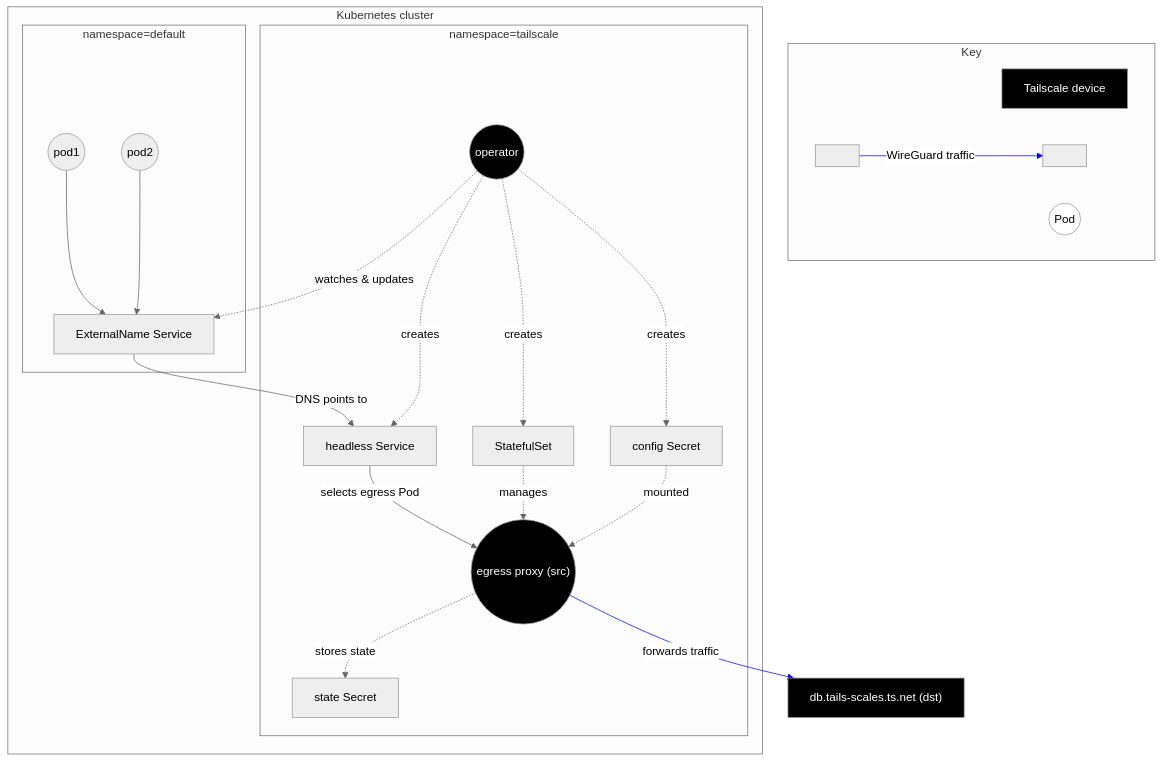
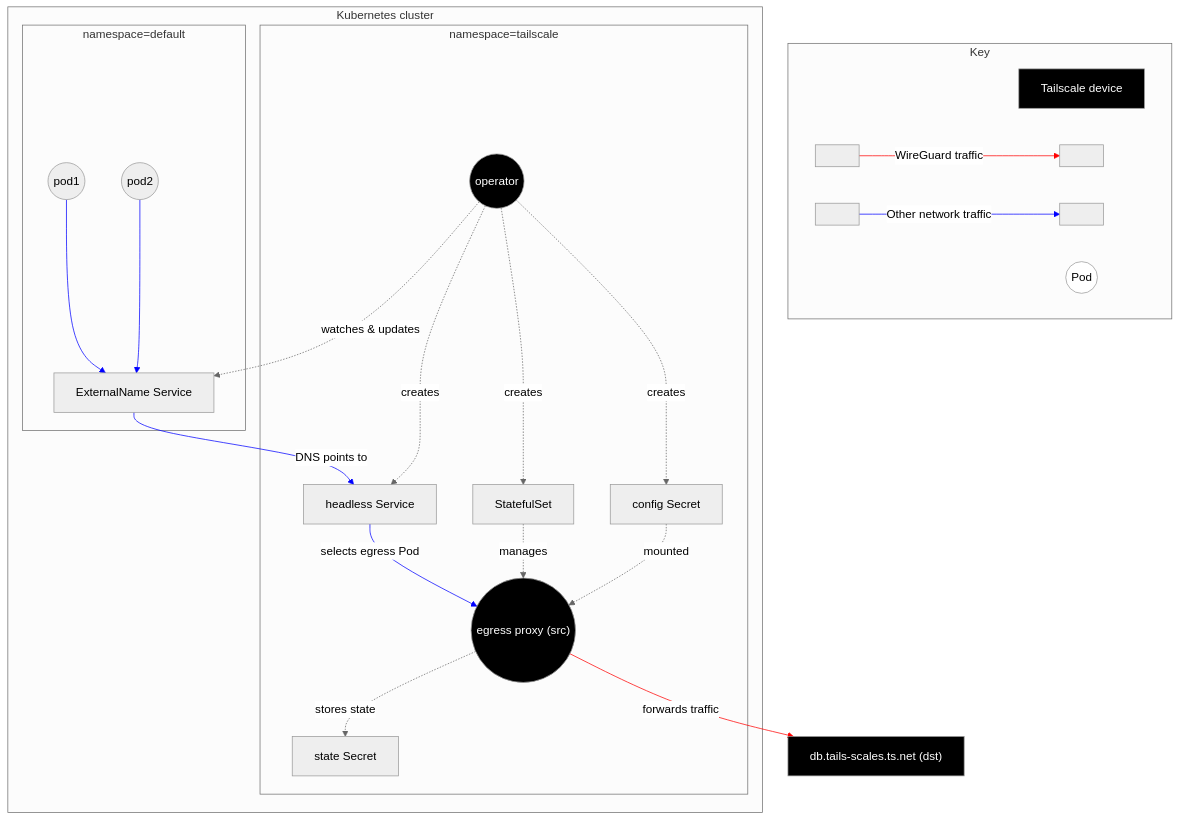
Before and after one commit to tailscale/tailscale: the fourth of 7 diagrams in docs/k8s/operator-architecture.md, drawn with Mermaid. The commit also changed other lines of this file, not shown here.

Commit message:
Review feedback; more colours + data flow for ProxyGroup

````diff
--- a/docs/k8s/operator-architecture.md
+++ b/docs/k8s/operator-architecture.md
@@ -187,45 +205,54 @@
 ```mermaid
 %%{ init: { 'theme':'neutral' } }%%
 
 flowchart TD
     classDef tsnode color:#fff,fill:#000;
     classDef pod fill:#fff;
 
     subgraph Key
         ts[Tailscale device]:::tsnode
         pod((Pod)):::pod
-        hidden[" "]-->|WireGuard traffic|hidden2[" "]
+        blank[" "]-->|WireGuard traffic|blank2[" "]
+        blank3[" "]-->|Other network traffic|blank4[" "]
     end
 
     subgraph k8s[Kubernetes cluster]
         subgraph tailscale-ns[namespace=tailscale]
             operator((operator)):::tsnode
             egress(("egress proxy (src)")):::tsnode
             egress-sts["StatefulSet"]
             headless-svc[headless Service]
             cfg-secret["config Secret"]
             state-secret["state Secret"]
         end
 
         subgraph defaultns[namespace=default]
             svc[ExternalName Service]
             pod1((pod1)) --> svc
             pod2((pod2)) --> svc
         end
     end
+
     node["db.tails-scales.ts.net (dst)"]:::tsnode
+
     svc -->|DNS points to| headless-svc
     headless-svc -->|selects egress Pod| egress
     egress -->|forwards traffic| node
     operator -.->|creates| egress-sts
     egress-sts -.->|manages| egress
     operator -.->|creates| headless-svc
     operator -.->|creates| cfg-secret
     operator -.->|watches & updates| svc
     cfg-secret -.->|mounted| egress
     egress -.->|stores state| state-secret
 
-    linkStyle 0 stroke:blue;
+    linkStyle 0 stroke:red;
+    linkStyle 6 stroke:red;
+
+    linkStyle 1 stroke:blue;
+    linkStyle 2 stroke:blue;
+    linkStyle 3 stroke:blue;
+    linkStyle 4 stroke:blue;
     linkStyle 5 stroke:blue;
 
 ```
````
